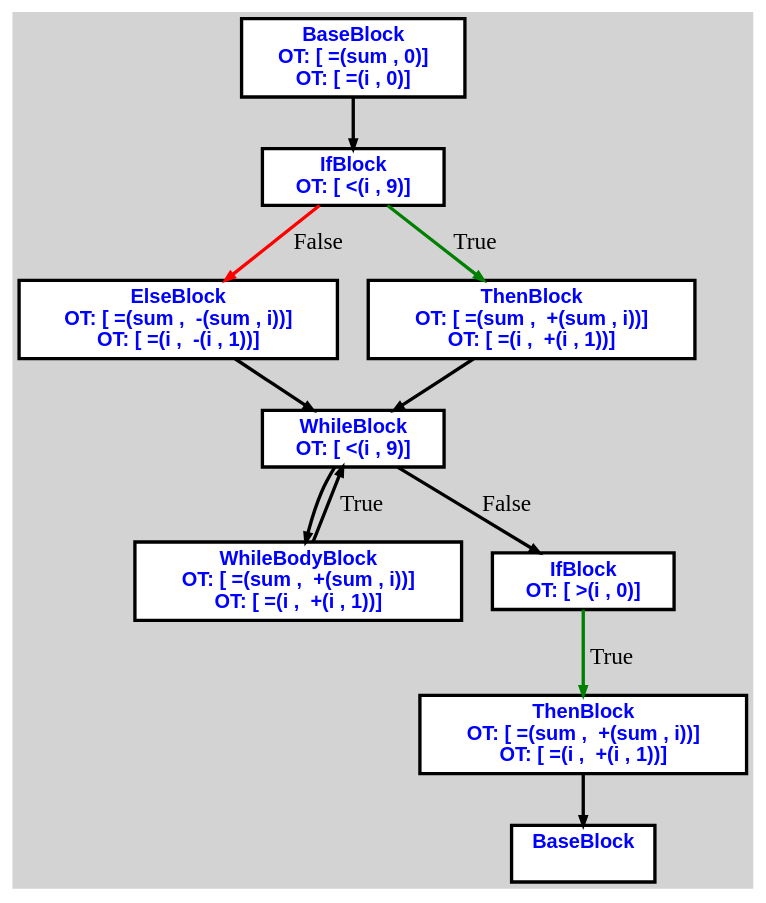
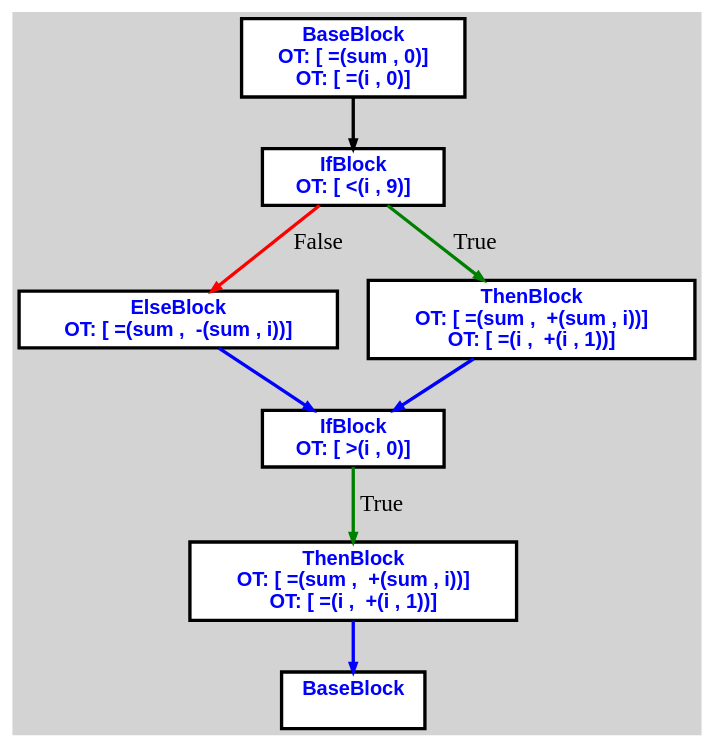
The diagram in cpoCompilerWin/cfgi0.dot (aveen007/CountingMonkeys), drawn with Graphviz before and after one commit. The commit also changed 7 other files, not shown here.

```diff
--- a/cpoCompilerWin/cfgi0.dot
+++ b/cpoCompilerWin/cfgi0.dot
@@ -1,39 +1,30 @@
 digraph G {
 ordering=out;
 ranksep=.4;
 bgcolor="lightgrey";  node [shape=box, fixedsize=false, fontsize=12, fontname="Helvetica-bold", fontcolor="blue"
 width=.25, height=.25, color="black", fillcolor="white", style="filled, solid, bold"];
 
-edge [arrowsize=.5, color="black", style="bold"]    n0000024D423B0220 [label="BaseBlock\n OT: [ =(sum , 0)]
+edge [arrowsize=.5, color="black", style="bold"]    n000001F61159AFD0 [label="BaseBlock\n OT: [ =(sum , 0)]
 OT: [ =(i , 0)]
 "]
-    n0000024D423B0220 -> n0000024D423AFE30
-    n0000024D423AFE30 [label="IfBlock\n OT: [ <(i , 9)]
+    n000001F61159AFD0 -> n000001F61159B270
+    n000001F61159B270 [label="IfBlock\n OT: [ <(i , 9)]
 "]
-    n0000024D423AFC00 [label="ElseBlock\n OT: [ =(sum ,  -(sum , i))]
-OT: [ =(i ,  -(i , 1))]
+    n000001F61159B270 -> n000001F61159AD30 [label="False" color="red"]
+    n000001F61159AD30 [label="ElseBlock\n OT: [ =(sum ,  -(sum , i))]
 "]
-    n0000024D423B0370 [label="ThenBlock\n OT: [ =(sum ,  +(sum , i))]
+    n000001F61159AD30 -> n000001F61159AA20 [ color="blue"]
+    n000001F61159B270 -> n000001F61159A9B0 [label="True" color="green"]
+    n000001F61159A9B0 [label="ThenBlock\n OT: [ =(sum ,  +(sum , i))]
 OT: [ =(i ,  +(i , 1))]
 "]
-    n0000024D423AFE30 -> n0000024D423AFC00 [label="False" color="red"]
-    n0000024D423AFC00 -> n0000024D423AF8F0    n0000024D423AFE30 -> n0000024D423B0370 [label="True" color="green"]
-    n0000024D423B0370 -> n0000024D423AF8F0    n0000024D423AF8F0 [label="WhileBlock\n OT: [ <(i , 9)]
+    n000001F61159A9B0 -> n000001F61159AA20 [ color="blue"]
+    n000001F61159AA20 [label="IfBlock\n OT: [ >(i , 0)]
 "]
-    n0000024D423AF8F0 -> n0000024D423B0140
-    n0000024D423B0140 [label="WhileBodyBlock\n OT: [ =(sum ,  +(sum , i))]
+    n000001F61159AA20 -> n000001F61159A400 [label="True" color="green"]
+    n000001F61159A400 [label="ThenBlock\n OT: [ =(sum ,  +(sum , i))]
 OT: [ =(i ,  +(i , 1))]
 "]
-    n0000024D423B0140 [label="WhileBodyBlock\n OT: [ =(sum ,  +(sum , i))]
-OT: [ =(i ,  +(i , 1))]
-"]
-    n0000024D423B0140 -> n0000024D423AF8F0 [label="True" color="black"]
-    n0000024D423AF8F0 -> n0000024D423AFF10 [label="False" color="black"]
-    n0000024D423AFF10 [label="IfBlock\n OT: [ >(i , 0)]
-"]
-    n0000024D423AFF80 [label="ThenBlock\n OT: [ =(sum ,  +(sum , i))]
-OT: [ =(i ,  +(i , 1))]
-"]
-    n0000024D423AFF10 -> n0000024D423AFF80 [label="True" color="green"]
-    n0000024D423AFF80 -> n0000024D423AF6C0    n0000024D423AF6C0 [label="BaseBlock\n "]
+    n000001F61159A400 -> n000001F61159AE10 [ color="blue"]
+    n000001F61159AE10 [label="BaseBlock\n "]
 }
```
